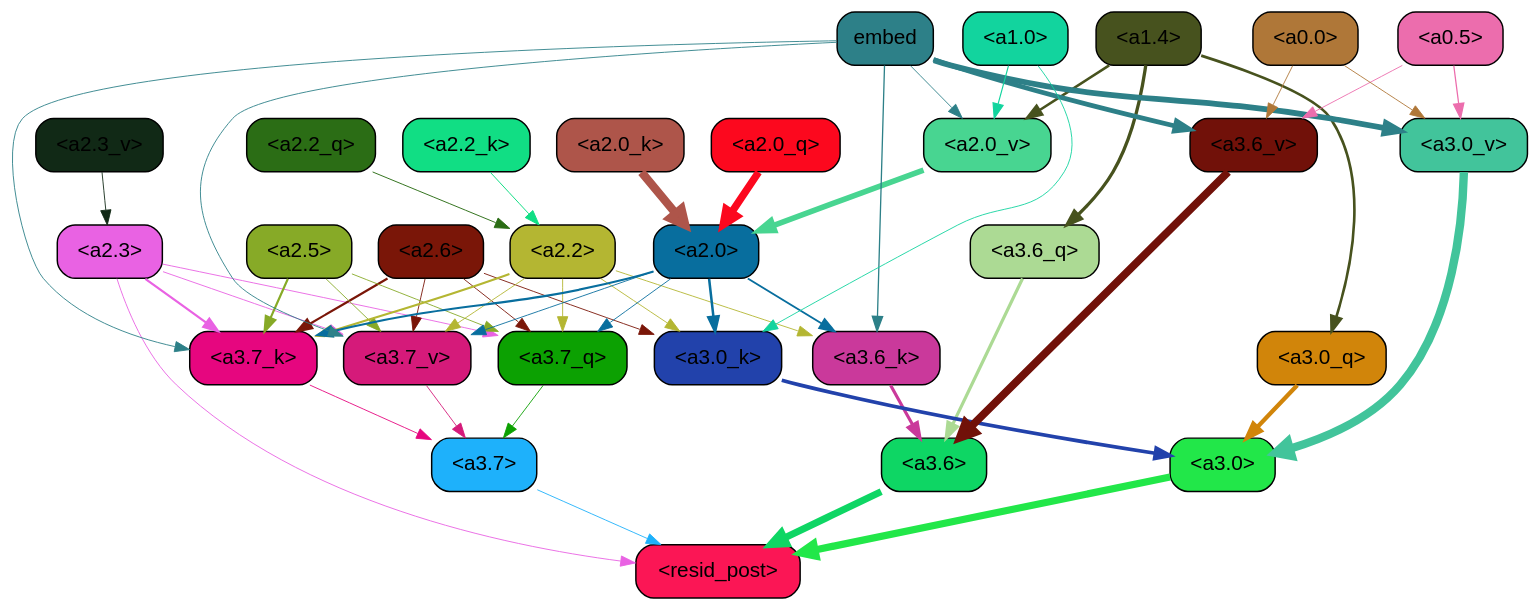
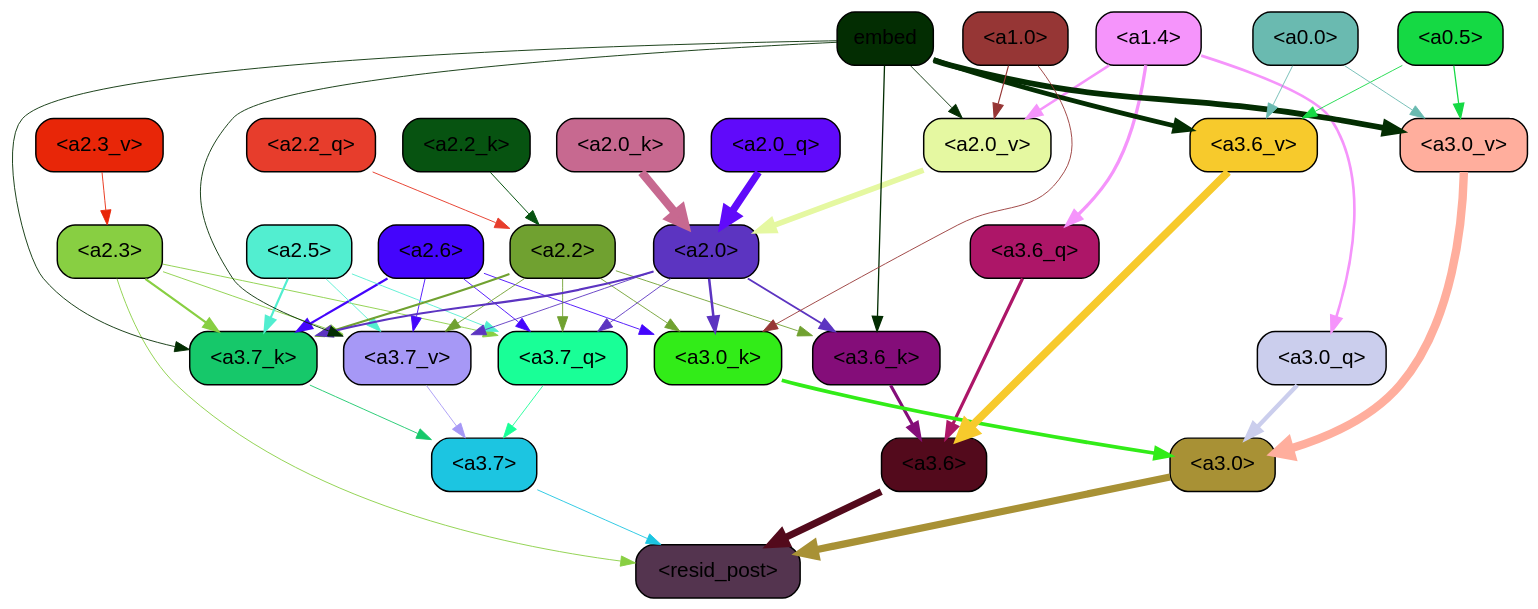
The diagram in docstring_task/ims/abs_value/thresh0.11_img_44.gv (Aaquib111/edge-attribution-patching), drawn with Graphviz before and after one commit. The commit also changed 5412 other files, not shown here.

```diff
--- a/docstring_task/ims/abs_value/thresh0.11_img_44.gv
+++ b/docstring_task/ims/abs_value/thresh0.11_img_44.gv
@@ -5,256 +5,256 @@
 		splines=true
 	];
 	"<a3.7>"	[color=black,
-		fillcolor="#1eb1fb",
+		fillcolor="#1cc5e1",
 		fontname=Helvetica,
 		shape=box,
 		style="filled, rounded"];
 	"<resid_post>"	[color=black,
-		fillcolor="#fb1655",
+		fillcolor="#54344f",
 		fontname=Helvetica,
 		shape=box,
 		style="filled, rounded"];
-	"<a3.7>" -> "<resid_post>"	[color="#1eb1fb",
+	"<a3.7>" -> "<resid_post>"	[color="#1cc5e1",
 		penwidth=0.6];
 	"<a3.6>"	[color=black,
-		fillcolor="#0ed664",
+		fillcolor="#530a1c",
 		fontname=Helvetica,
 		shape=box,
 		style="filled, rounded"];
-	"<a3.6>" -> "<resid_post>"	[color="#0ed664",
+	"<a3.6>" -> "<resid_post>"	[color="#530a1c",
 		penwidth=4.746312499046326];
 	"<a3.0>"	[color=black,
-		fillcolor="#22e749",
+		fillcolor="#a89135",
 		fontname=Helvetica,
 		shape=box,
 		style="filled, rounded"];
-	"<a3.0>" -> "<resid_post>"	[color="#22e749",
+	"<a3.0>" -> "<resid_post>"	[color="#a89135",
 		penwidth=4.896343111991882];
 	"<a2.3>"	[color=black,
-		fillcolor="#e962e3",
+		fillcolor="#88cf42",
 		fontname=Helvetica,
 		shape=box,
 		style="filled, rounded"];
-	"<a2.3>" -> "<resid_post>"	[color="#e962e3",
+	"<a2.3>" -> "<resid_post>"	[color="#88cf42",
 		penwidth=0.6];
 	"<a3.7_q>"	[color=black,
-		fillcolor="#0ca102",
+		fillcolor="#19ff97",
 		fontname=Helvetica,
 		shape=box,
 		style="filled, rounded"];
-	"<a2.3>" -> "<a3.7_q>"	[color="#e962e3",
+	"<a2.3>" -> "<a3.7_q>"	[color="#88cf42",
 		penwidth=0.6];
 	"<a3.7_k>"	[color=black,
-		fillcolor="#e6067f",
+		fillcolor="#16c86a",
 		fontname=Helvetica,
 		shape=box,
 		style="filled, rounded"];
-	"<a2.3>" -> "<a3.7_k>"	[color="#e962e3",
+	"<a2.3>" -> "<a3.7_k>"	[color="#88cf42",
 		penwidth=1.467104621231556];
 	"<a3.7_v>"	[color=black,
-		fillcolor="#d51a7a",
+		fillcolor="#a698f6",
 		fontname=Helvetica,
 		shape=box,
 		style="filled, rounded"];
-	"<a2.3>" -> "<a3.7_v>"	[color="#e962e3",
+	"<a2.3>" -> "<a3.7_v>"	[color="#88cf42",
 		penwidth=0.6];
-	"<a3.7_q>" -> "<a3.7>"	[color="#0ca102",
+	"<a3.7_q>" -> "<a3.7>"	[color="#19ff97",
 		penwidth=0.6];
 	"<a3.6_q>"	[color=black,
-		fillcolor="#acda94",
+		fillcolor="#ad1668",
 		fontname=Helvetica,
 		shape=box,
 		style="filled, rounded"];
-	"<a3.6_q>" -> "<a3.6>"	[color="#acda94",
+	"<a3.6_q>" -> "<a3.6>"	[color="#ad1668",
 		penwidth=2.160832464694977];
 	"<a3.0_q>"	[color=black,
-		fillcolor="#d1850a",
+		fillcolor="#cbceed",
 		fontname=Helvetica,
 		shape=box,
 		style="filled, rounded"];
-	"<a3.0_q>" -> "<a3.0>"	[color="#d1850a",
+	"<a3.0_q>" -> "<a3.0>"	[color="#cbceed",
 		penwidth=2.870753765106201];
-	"<a3.7_k>" -> "<a3.7>"	[color="#e6067f",
+	"<a3.7_k>" -> "<a3.7>"	[color="#16c86a",
 		penwidth=0.6];
 	"<a3.6_k>"	[color=black,
-		fillcolor="#ca399b",
+		fillcolor="#840d79",
 		fontname=Helvetica,
 		shape=box,
 		style="filled, rounded"];
-	"<a3.6_k>" -> "<a3.6>"	[color="#ca399b",
+	"<a3.6_k>" -> "<a3.6>"	[color="#840d79",
 		penwidth=2.13908451795578];
 	"<a3.0_k>"	[color=black,
-		fillcolor="#2242ab",
+		fillcolor="#32ec18",
 		fontname=Helvetica,
 		shape=box,
 		style="filled, rounded"];
-	"<a3.0_k>" -> "<a3.0>"	[color="#2242ab",
+	"<a3.0_k>" -> "<a3.0>"	[color="#32ec18",
 		penwidth=2.520303964614868];
-	"<a3.7_v>" -> "<a3.7>"	[color="#d51a7a",
+	"<a3.7_v>" -> "<a3.7>"	[color="#a698f6",
 		penwidth=0.6];
 	"<a3.6_v>"	[color=black,
-		fillcolor="#711109",
+		fillcolor="#f7ca2c",
 		fontname=Helvetica,
 		shape=box,
 		style="filled, rounded"];
-	"<a3.6_v>" -> "<a3.6>"	[color="#711109",
+	"<a3.6_v>" -> "<a3.6>"	[color="#f7ca2c",
 		penwidth=5.297133803367615];
 	"<a3.0_v>"	[color=black,
-		fillcolor="#42c49b",
+		fillcolor="#ffae9d",
 		fontname=Helvetica,
 		shape=box,
 		style="filled, rounded"];
-	"<a3.0_v>" -> "<a3.0>"	[color="#42c49b",
+	"<a3.0_v>" -> "<a3.0>"	[color="#ffae9d",
 		penwidth=5.680712580680847];
 	"<a2.6>"	[color=black,
-		fillcolor="#7a1608",
+		fillcolor="#4405fc",
 		fontname=Helvetica,
 		shape=box,
 		style="filled, rounded"];
-	"<a2.6>" -> "<a3.7_q>"	[color="#7a1608",
+	"<a2.6>" -> "<a3.7_q>"	[color="#4405fc",
 		penwidth=0.6];
-	"<a2.6>" -> "<a3.7_k>"	[color="#7a1608",
+	"<a2.6>" -> "<a3.7_k>"	[color="#4405fc",
 		penwidth=1.4453159049153328];
-	"<a2.6>" -> "<a3.0_k>"	[color="#7a1608",
+	"<a2.6>" -> "<a3.0_k>"	[color="#4405fc",
 		penwidth=0.6];
-	"<a2.6>" -> "<a3.7_v>"	[color="#7a1608",
+	"<a2.6>" -> "<a3.7_v>"	[color="#4405fc",
 		penwidth=0.6];
 	"<a2.5>"	[color=black,
-		fillcolor="#87aa27",
+		fillcolor="#52eed0",
 		fontname=Helvetica,
 		shape=box,
 		style="filled, rounded"];
-	"<a2.5>" -> "<a3.7_q>"	[color="#87aa27",
+	"<a2.5>" -> "<a3.7_q>"	[color="#52eed0",
 		penwidth=0.6];
-	"<a2.5>" -> "<a3.7_k>"	[color="#87aa27",
+	"<a2.5>" -> "<a3.7_k>"	[color="#52eed0",
 		penwidth=1.4526091292500496];
-	"<a2.5>" -> "<a3.7_v>"	[color="#87aa27",
+	"<a2.5>" -> "<a3.7_v>"	[color="#52eed0",
 		penwidth=0.6];
 	"<a2.2>"	[color=black,
-		fillcolor="#b4b632",
+		fillcolor="#70a130",
 		fontname=Helvetica,
 		shape=box,
 		style="filled, rounded"];
-	"<a2.2>" -> "<a3.7_q>"	[color="#b4b632",
+	"<a2.2>" -> "<a3.7_q>"	[color="#70a130",
 		penwidth=0.6];
-	"<a2.2>" -> "<a3.7_k>"	[color="#b4b632",
+	"<a2.2>" -> "<a3.7_k>"	[color="#70a130",
 		penwidth=1.4310357049107552];
-	"<a2.2>" -> "<a3.6_k>"	[color="#b4b632",
+	"<a2.2>" -> "<a3.6_k>"	[color="#70a130",
 		penwidth=0.6];
-	"<a2.2>" -> "<a3.0_k>"	[color="#b4b632",
+	"<a2.2>" -> "<a3.0_k>"	[color="#70a130",
 		penwidth=0.6];
-	"<a2.2>" -> "<a3.7_v>"	[color="#b4b632",
+	"<a2.2>" -> "<a3.7_v>"	[color="#70a130",
 		penwidth=0.6];
 	"<a2.0>"	[color=black,
-		fillcolor="#086e9e",
+		fillcolor="#5c34c1",
 		fontname=Helvetica,
 		shape=box,
 		style="filled, rounded"];
-	"<a2.0>" -> "<a3.7_q>"	[color="#086e9e",
+	"<a2.0>" -> "<a3.7_q>"	[color="#5c34c1",
 		penwidth=0.6];
-	"<a2.0>" -> "<a3.7_k>"	[color="#086e9e",
+	"<a2.0>" -> "<a3.7_k>"	[color="#5c34c1",
 		penwidth=1.4314699843525887];
-	"<a2.0>" -> "<a3.6_k>"	[color="#086e9e",
+	"<a2.0>" -> "<a3.6_k>"	[color="#5c34c1",
 		penwidth=1.2950235605239868];
-	"<a2.0>" -> "<a3.0_k>"	[color="#086e9e",
+	"<a2.0>" -> "<a3.0_k>"	[color="#5c34c1",
 		penwidth=1.712992787361145];
-	"<a2.0>" -> "<a3.7_v>"	[color="#086e9e",
+	"<a2.0>" -> "<a3.7_v>"	[color="#5c34c1",
 		penwidth=0.6];
 	"<a1.4>"	[color=black,
-		fillcolor="#47521e",
+		fillcolor="#f594fb",
 		fontname=Helvetica,
 		shape=box,
 		style="filled, rounded"];
-	"<a1.4>" -> "<a3.6_q>"	[color="#47521e",
+	"<a1.4>" -> "<a3.6_q>"	[color="#f594fb",
 		penwidth=2.242796540260315];
-	"<a1.4>" -> "<a3.0_q>"	[color="#47521e",
+	"<a1.4>" -> "<a3.0_q>"	[color="#f594fb",
 		penwidth=1.7808996737003326];
 	"<a2.0_v>"	[color=black,
-		fillcolor="#48d591",
+		fillcolor="#e5f8a1",
 		fontname=Helvetica,
 		shape=box,
 		style="filled, rounded"];
-	"<a1.4>" -> "<a2.0_v>"	[color="#47521e",
+	"<a1.4>" -> "<a2.0_v>"	[color="#f594fb",
 		penwidth=1.7603429555892944];
 	embed	[color=black,
-		fillcolor="#2d8088",
+		fillcolor="#032d02",
 		fontname=Helvetica,
 		shape=box,
 		style="filled, rounded"];
-	embed -> "<a3.7_k>"	[color="#2d8088",
+	embed -> "<a3.7_k>"	[color="#032d02",
 		penwidth=0.6];
-	embed -> "<a3.6_k>"	[color="#2d8088",
+	embed -> "<a3.6_k>"	[color="#032d02",
 		penwidth=0.891706109046936];
-	embed -> "<a3.7_v>"	[color="#2d8088",
+	embed -> "<a3.7_v>"	[color="#032d02",
 		penwidth=0.6];
-	embed -> "<a3.6_v>"	[color="#2d8088",
+	embed -> "<a3.6_v>"	[color="#032d02",
 		penwidth=3.1766927242279053];
-	embed -> "<a3.0_v>"	[color="#2d8088",
+	embed -> "<a3.0_v>"	[color="#032d02",
 		penwidth=3.9005755856633186];
-	embed -> "<a2.0_v>"	[color="#2d8088",
+	embed -> "<a2.0_v>"	[color="#032d02",
 		penwidth=0.6];
 	"<a1.0>"	[color=black,
-		fillcolor="#12d49e",
+		fillcolor="#963635",
 		fontname=Helvetica,
 		shape=box,
 		style="filled, rounded"];
-	"<a1.0>" -> "<a3.0_k>"	[color="#12d49e",
+	"<a1.0>" -> "<a3.0_k>"	[color="#963635",
 		penwidth=0.6];
-	"<a1.0>" -> "<a2.0_v>"	[color="#12d49e",
+	"<a1.0>" -> "<a2.0_v>"	[color="#963635",
 		penwidth=0.7897878289222717];
 	"<a0.5>"	[color=black,
-		fillcolor="#ec6dad",
+		fillcolor="#15d944",
 		fontname=Helvetica,
 		shape=box,
 		style="filled, rounded"];
-	"<a0.5>" -> "<a3.6_v>"	[color="#ec6dad",
+	"<a0.5>" -> "<a3.6_v>"	[color="#15d944",
 		penwidth=0.6];
-	"<a0.5>" -> "<a3.0_v>"	[color="#ec6dad",
+	"<a0.5>" -> "<a3.0_v>"	[color="#15d944",
 		penwidth=0.8493617177009583];
 	"<a0.0>"	[color=black,
-		fillcolor="#af7738",
+		fillcolor="#6abab0",
 		fontname=Helvetica,
 		shape=box,
 		style="filled, rounded"];
-	"<a0.0>" -> "<a3.6_v>"	[color="#af7738",
+	"<a0.0>" -> "<a3.6_v>"	[color="#6abab0",
 		penwidth=0.6];
-	"<a0.0>" -> "<a3.0_v>"	[color="#af7738",
+	"<a0.0>" -> "<a3.0_v>"	[color="#6abab0",
 		penwidth=0.6];
 	"<a2.2_q>"	[color=black,
-		fillcolor="#2b6d15",
+		fillcolor="#e73d2c",
 		fontname=Helvetica,
 		shape=box,
 		style="filled, rounded"];
-	"<a2.2_q>" -> "<a2.2>"	[color="#2b6d15",
+	"<a2.2_q>" -> "<a2.2>"	[color="#e73d2c",
 		penwidth=0.6449352353811264];
 	"<a2.0_q>"	[color=black,
-		fillcolor="#fc081e",
+		fillcolor="#600afa",
 		fontname=Helvetica,
 		shape=box,
 		style="filled, rounded"];
-	"<a2.0_q>" -> "<a2.0>"	[color="#fc081e",
+	"<a2.0_q>" -> "<a2.0>"	[color="#600afa",
 		penwidth=5.017253503203392];
 	"<a2.2_k>"	[color=black,
-		fillcolor="#11de84",
+		fillcolor="#075311",
 		fontname=Helvetica,
 		shape=box,
 		style="filled, rounded"];
-	"<a2.2_k>" -> "<a2.2>"	[color="#11de84",
+	"<a2.2_k>" -> "<a2.2>"	[color="#075311",
 		penwidth=0.6690489649772644];
 	"<a2.0_k>"	[color=black,
-		fillcolor="#ae554a",
+		fillcolor="#c76990",
 		fontname=Helvetica,
 		shape=box,
 		style="filled, rounded"];
-	"<a2.0_k>" -> "<a2.0>"	[color="#ae554a",
+	"<a2.0_k>" -> "<a2.0>"	[color="#c76990",
 		penwidth=5.656688302755356];
 	"<a2.3_v>"	[color=black,
-		fillcolor="#112916",
+		fillcolor="#e82608",
 		fontname=Helvetica,
 		shape=box,
 		style="filled, rounded"];
-	"<a2.3_v>" -> "<a2.3>"	[color="#112916",
+	"<a2.3_v>" -> "<a2.3>"	[color="#e82608",
 		penwidth=0.6];
-	"<a2.0_v>" -> "<a2.0>"	[color="#48d591",
+	"<a2.0_v>" -> "<a2.0>"	[color="#e5f8a1",
 		penwidth=3.8170836865901947];
 }
```
